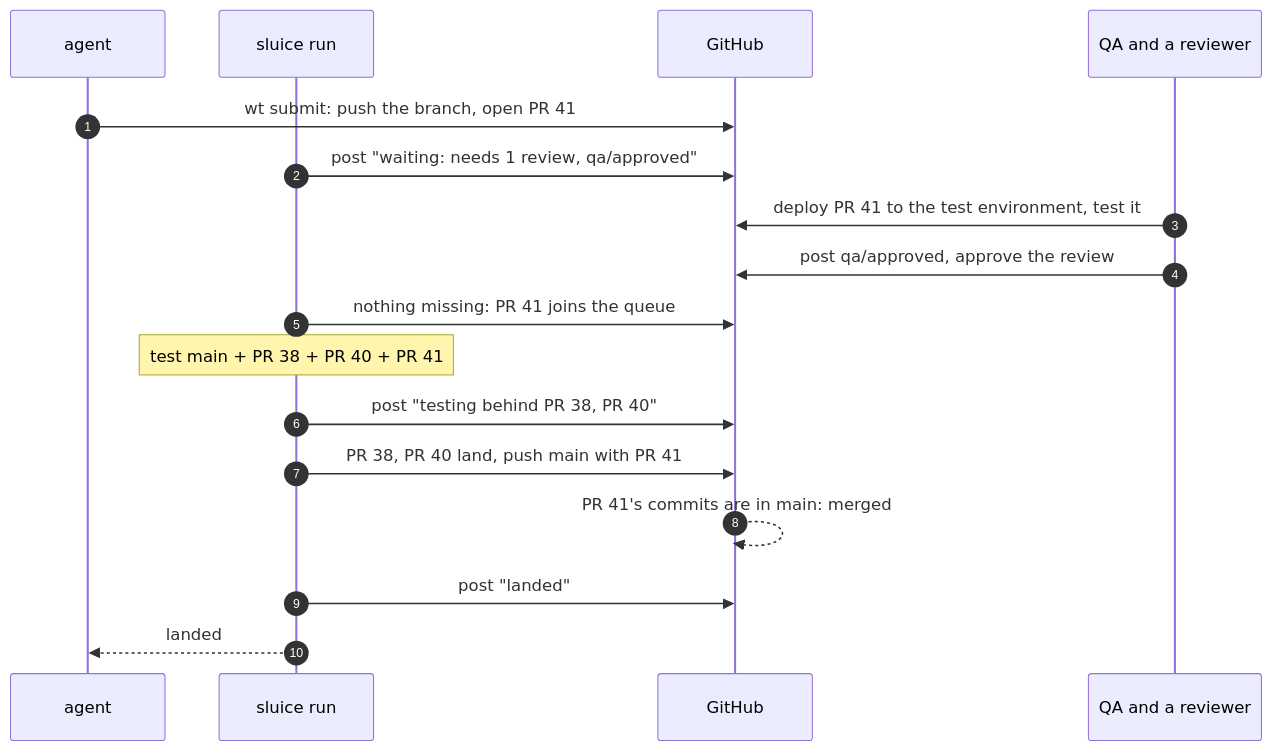
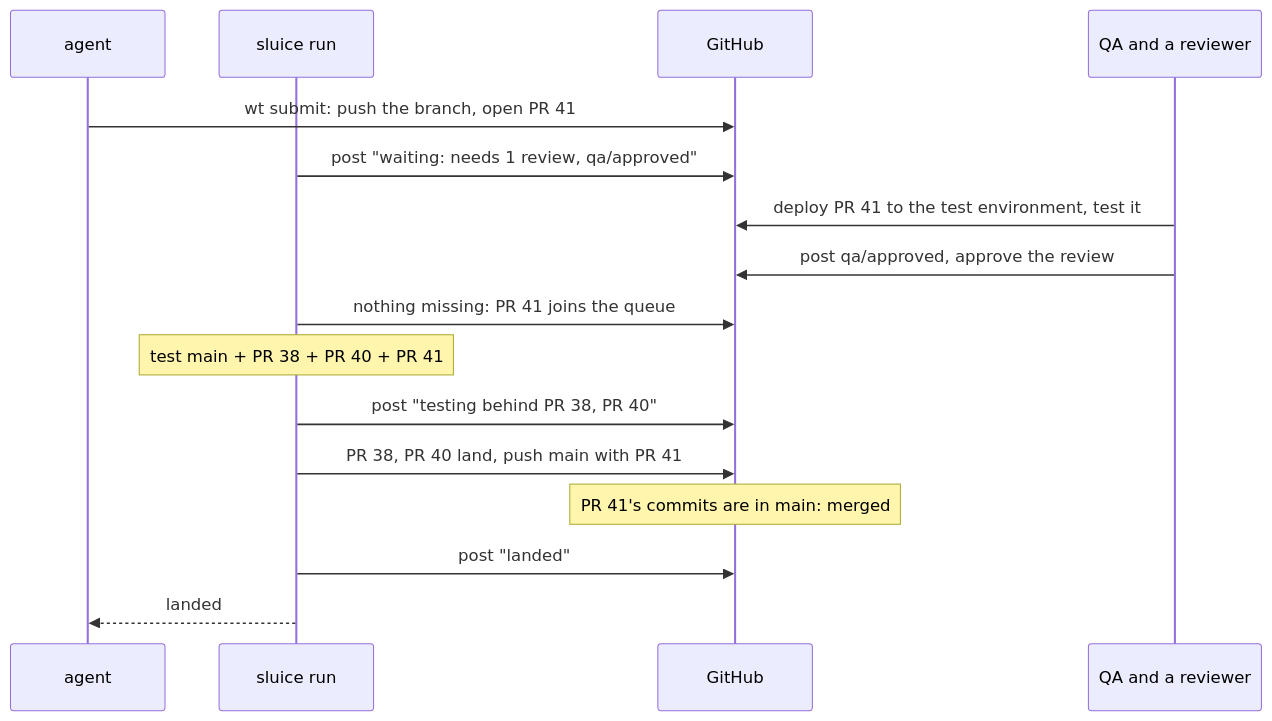
One commit to agentplot/sluice changed the second of 2 diagrams in site/src/content/docs/guides/pull-requests.md. Above: the diagram before and after it, drawn with Mermaid.

Commit message:
docs(site): the sequence diagram without numbers or arrows to itself

````diff
--- a/site/src/content/docs/guides/pull-requests.md
+++ b/site/src/content/docs/guides/pull-requests.md
@@ -138,19 +138,18 @@
 ```mermaid
 sequenceDiagram
-    autonumber
     participant A as agent
     participant S as sluice run
     participant G as GitHub
     participant Q as QA and a reviewer
     A->>G: wt submit: push the branch, open PR 41
     S->>G: post "waiting: needs 1 review, qa/approved"
     Q->>G: deploy PR 41 to the test environment, test it
     Q->>G: post qa/approved, approve the review
     S->>G: nothing missing: PR 41 joins the queue
     Note over S: test main + PR 38 + PR 40 + PR 41
     S->>G: post "testing behind PR 38, PR 40"
     S->>G: PR 38, PR 40 land, push main with PR 41
-    G-->>G: PR 41's commits are in main: merged
+    Note over G: PR 41's commits are in main: merged
     S->>G: post "landed"
     S-->>A: landed
 ```
````
